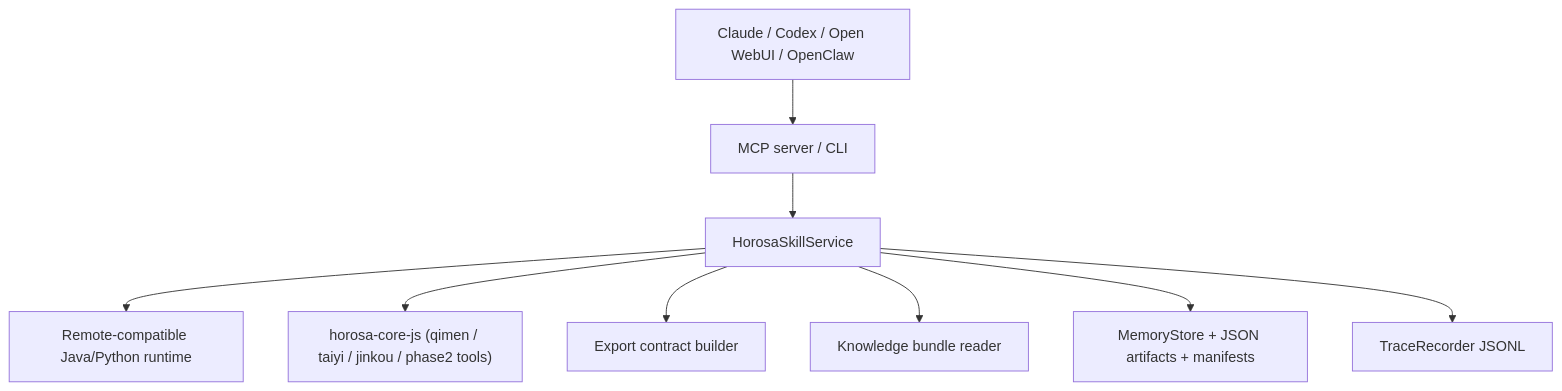
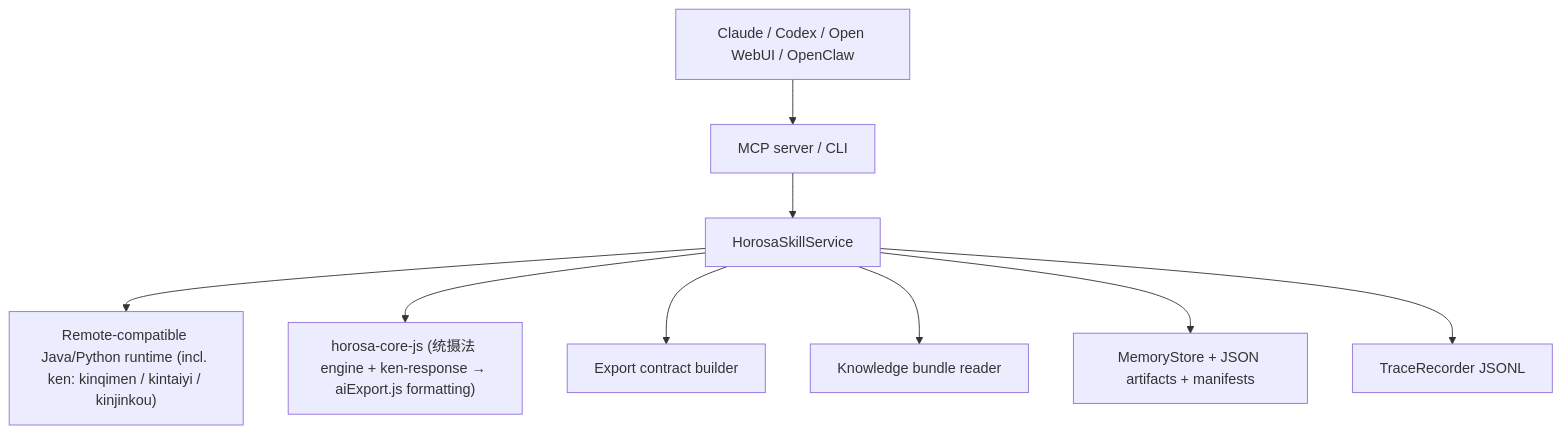
Before and after one commit to Horace-Maxwell/horosa-skill: the diagram in docs/ARCHITECTURE.md, drawn with Mermaid. The commit also changed 22 other files, not shown here.

First line of the commit message:
Unify qimen/taiyi/jinkou on the ken backend (v0.6.0)

````diff
--- a/docs/ARCHITECTURE.md
+++ b/docs/ARCHITECTURE.md
@@ -15,11 +15,11 @@
 ```mermaid
 flowchart TD
   A["Claude / Codex / Open WebUI / OpenClaw"] --> B["MCP server / CLI"]
   B --> C["HorosaSkillService"]
-  C --> D["Remote-compatible Java/Python runtime"]
-  C --> E["horosa-core-js (qimen / taiyi / jinkou / phase2 tools)"]
+  C --> D["Remote-compatible Java/Python runtime (incl. ken: kinqimen / kintaiyi / kinjinkou)"]
+  C --> E["horosa-core-js (统摄法 engine + ken-response → aiExport.js formatting)"]
   C --> F["Export contract builder"]
   C --> G["Knowledge bundle reader"]
   C --> H["MemoryStore + JSON artifacts + manifests"]
   C --> I["TraceRecorder JSONL"]
 ```
````
